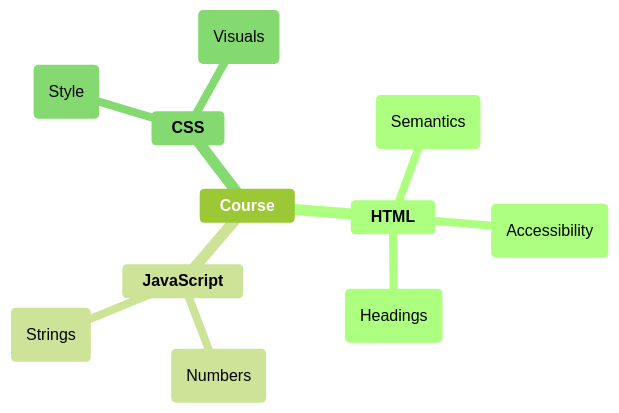
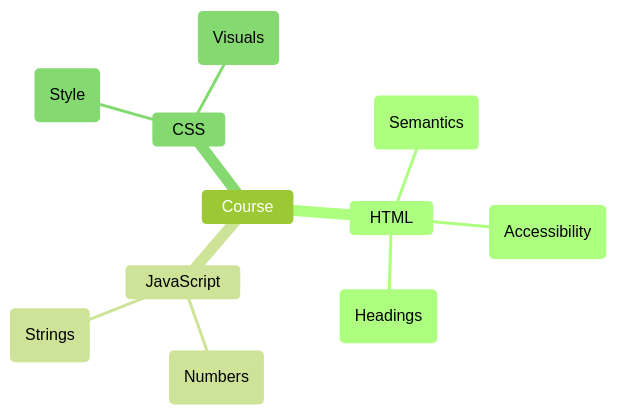
One commit to MarvinSilcGit/Learning changed the third of 6 diagrams in UML/Mermaid/README.md. Above: the diagram before and after it, drawn with Mermaid (forest theme). The commit also changed other lines of this file and 4 other files, not shown here.

Commit message:
Adding new mermaid types

````diff
--- a/UML/Mermaid/README.md
+++ b/UML/Mermaid/README.md
@@ -24,14 +48,14 @@
 ```mermaid
 mindmap
-	**Course**
-		**HTML**
-			(Semantics)
-			(Accessibility)
-			(Headings)
-		**JavaScript**
-			(Numbers)
-			(Strings)
-		**CSS**
-			(Style)
-			(Visuals)
+Course
+    HTML
+        (Semantics)
+        (Accessibility)
+        (Headings)
+    JavaScript
+        (Numbers)
+        (Strings)
+    CSS
+        (Style)
+        (Visuals)
 ```
````
